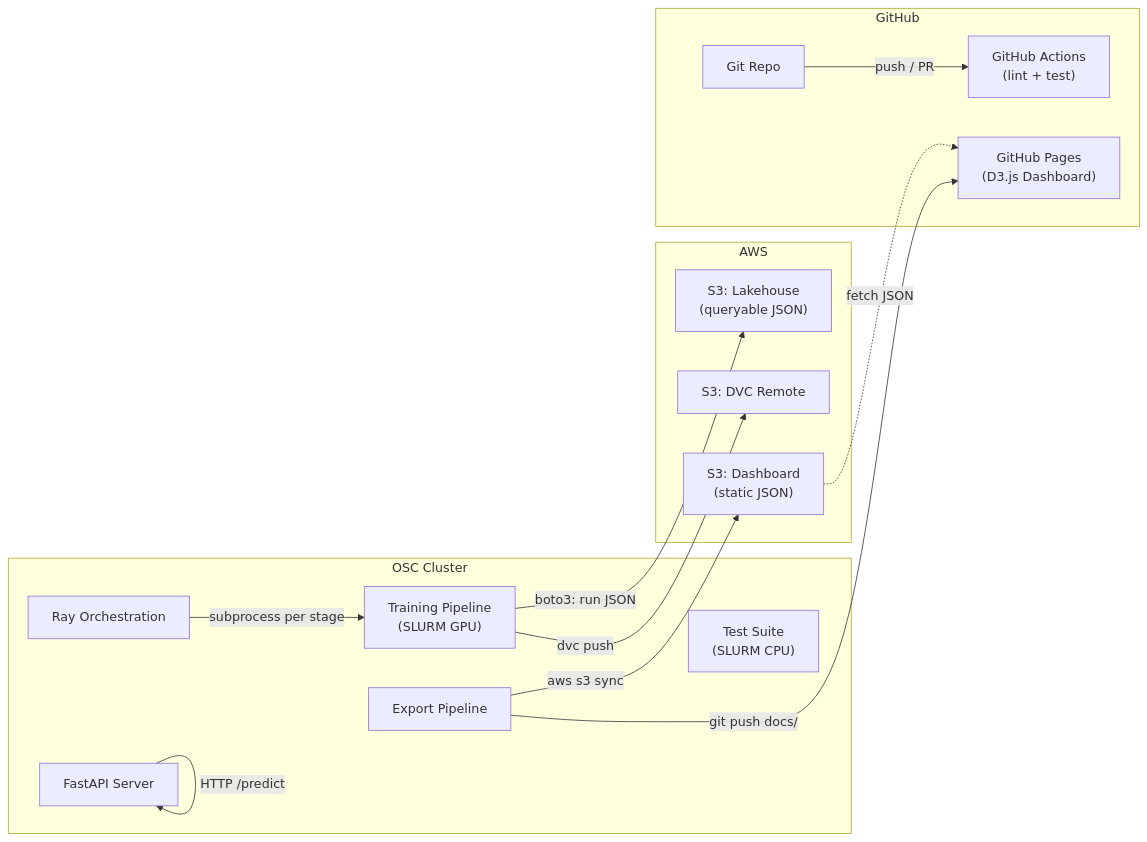
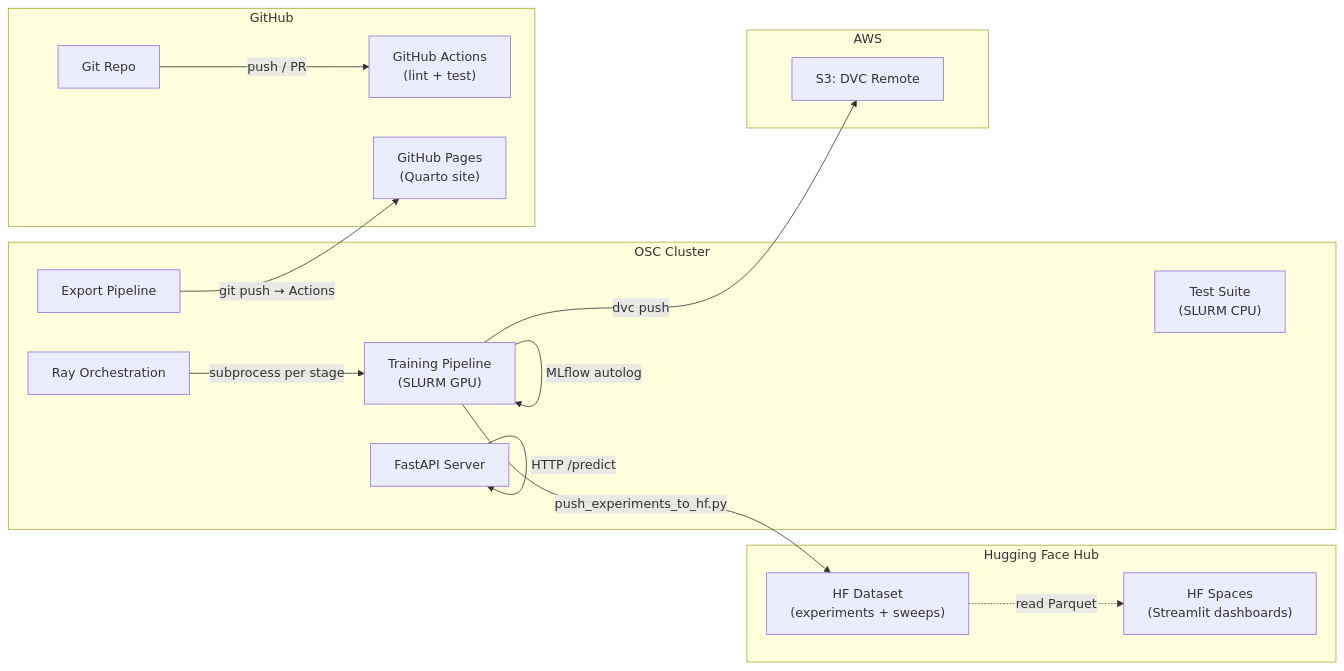
One commit to frenken-lab/graphids changed the second of 3 diagrams in docs/ECOSYSTEM.md. Above: the diagram before and after it, drawn with Mermaid. The commit also changed other lines of this file and 769 other files, not shown here.

First line of the commit message:
refactor: complete MLflow migration cleanup — remove datalake/lakehouse/S3 dead code

````diff
--- a/docs/ECOSYSTEM.md
+++ b/docs/ECOSYSTEM.md
@@ -175,31 +175,34 @@
 ```mermaid
 flowchart LR
     subgraph OSC["OSC Cluster"]
         Ray["Ray Orchestration"]
         Pipeline["Training Pipeline<br/>(SLURM GPU)"]
         Export["Export Pipeline"]
         Tests["Test Suite<br/>(SLURM CPU)"]
         Serve["FastAPI Server"]
     end
 
+    subgraph HF["Hugging Face Hub"]
+        HF_DS["HF Dataset<br/>(experiments + sweeps)"]
+        HF_Space["HF Spaces<br/>(Streamlit dashboards)"]
+    end
+
     subgraph AWS["AWS"]
         S3_DVC["S3: DVC Remote"]
-        S3_Lake["S3: Lakehouse<br/>(queryable JSON)"]
-        S3_Dash["S3: Dashboard<br/>(static JSON)"]
     end
 
     subgraph GitHub["GitHub"]
         Repo["Git Repo"]
         Actions["GitHub Actions<br/>(lint + test)"]
-        Pages["GitHub Pages<br/>(D3.js Dashboard)"]
+        Pages["GitHub Pages<br/>(Quarto site)"]
     end
 
-    Pipeline -->|"boto3: run JSON"| S3_Lake
+    Pipeline -->|"MLflow autolog"| Pipeline
+    Pipeline -->|"push_experiments_to_hf.py"| HF_DS
     Pipeline -->|"dvc push"| S3_DVC
-    Export -->|"aws s3 sync"| S3_Dash
-    Export -->|"git push docs/"| Pages
+    Export -->|"git push → Actions"| Pages
     Repo -->|"push / PR"| Actions
     Ray -->|"subprocess per stage"| Pipeline
     Serve -->|"HTTP /predict"| Serve
-    S3_Dash -.->|"fetch JSON"| Pages
+    HF_DS -.->|"read Parquet"| HF_Space
 ```
````
